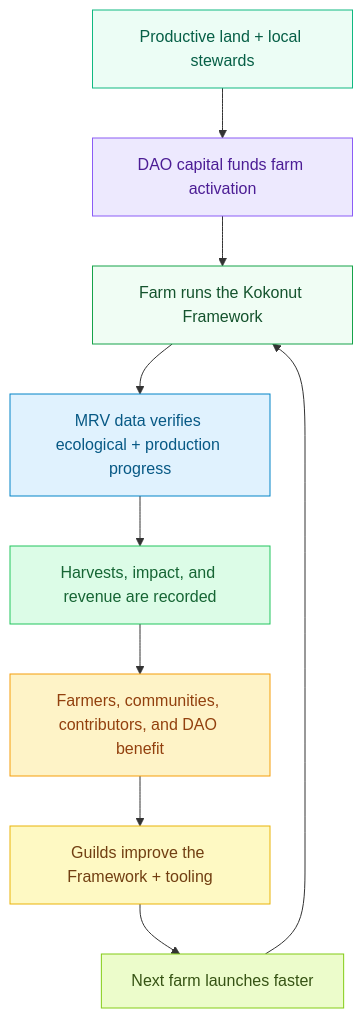
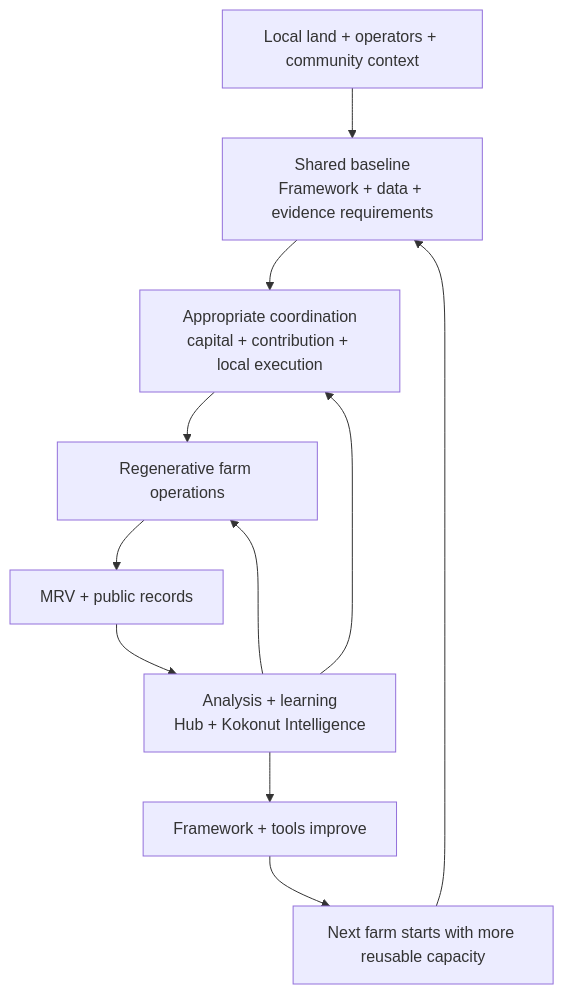
The diagram in ecosystem-wiki/kokonut-101/kokonut-vision.mdx (wasalo/Kokonut-Public-Site), drawn with Mermaid before and after one commit. The commit also changed other lines of this file, not shown here.

Commit message:
docs(kokonut-101): refine long-term vision

````diff
--- a/ecosystem-wiki/kokonut-101/kokonut-vision.mdx
+++ b/ecosystem-wiki/kokonut-101/kokonut-vision.mdx
@@ -112,20 +92,23 @@
 ```mermaid
 flowchart TD
-    A["Productive land + local stewards"] --> B["DAO capital funds farm activation"]
-    B --> C["Farm runs the Kokonut Framework"]
-    C --> D["MRV data verifies ecological + production progress"]
-    D --> E["Harvests, impact, and revenue are recorded"]
-    E --> F["Farmers, communities, contributors, and DAO benefit"]
-    F --> G["Guilds improve the Framework + tooling"]
-    G --> H["Next farm launches faster"]
-    H --> C
+    A["Local land + operators + community context"]
+    B["Shared baseline<br/>Framework + data + evidence requirements"]
+    C["Appropriate coordination<br/>capital + contribution + local execution"]
+    D["Regenerative farm operations"]
+    E["MRV + public records"]
+    F["Analysis + learning<br/>Hub + Kokonut Intelligence"]
+    G["Framework + tools improve"]
+    H["Next farm starts with more reusable capacity"]
 
-    style A fill:#ecfdf5,stroke:#10b981,color:#065f46
-    style B fill:#ede9fe,stroke:#8b5cf6,color:#4c1d95
-    style C fill:#f0fdf4,stroke:#16a34a,color:#14532d
-    style D fill:#e0f2fe,stroke:#0284c7,color:#075985
-    style E fill:#dcfce7,stroke:#22c55e,color:#166534
-    style F fill:#fef3c7,stroke:#f59e0b,color:#92400e
-    style G fill:#fef9c3,stroke:#eab308,color:#713f12
-    style H fill:#ecfccb,stroke:#84cc16,color:#365314
+    A --> B
+    B --> C
+    C --> D
+    D --> E
+    E --> F
+    F --> G
+    G --> H
+    H --> B
+
+    F --> D
+    F --> C
 ```
````
